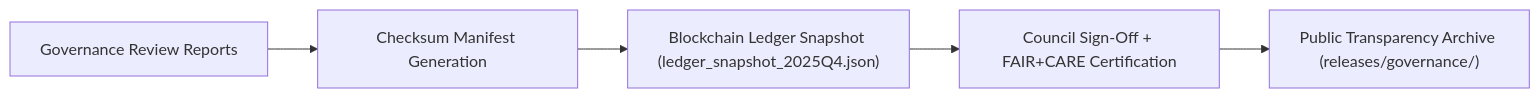
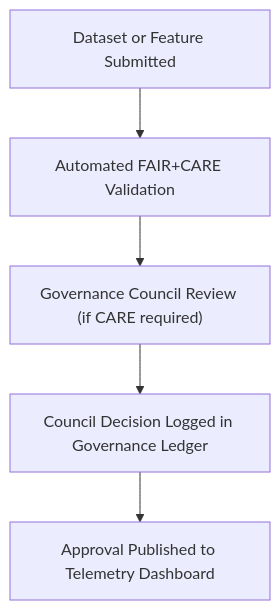
The diagram in docs/standards/governance/README.md (bartytime4life/Kansas-Frontier-Matrix), drawn with Mermaid before and after one commit. The commit also changed other lines of this file, not shown here.

First line of the commit message:
Revise governance README for version 9.7.0

````diff
--- a/docs/standards/governance/README.md
+++ b/docs/standards/governance/README.md
@@ -135,7 +86,7 @@
 ```mermaid
-flowchart LR
-    A["Governance Review Reports"] --> B["Checksum Manifest Generation"]
-    B --> C["Blockchain Ledger Snapshot (ledger_snapshot_2025Q4.json)"]
-    C --> D["Council Sign-Off + FAIR+CARE Certification"]
-    D --> E["Public Transparency Archive (releases/governance/)"]
+flowchart TD
+A["Dataset or Feature Submitted"] --> B["Automated FAIR+CARE Validation"]
+B --> C["Governance Council Review (if CARE required)"]
+C --> D["Council Decision Logged in Governance Ledger"]
+D --> E["Approval Published to Telemetry Dashboard"]
 ```
````
